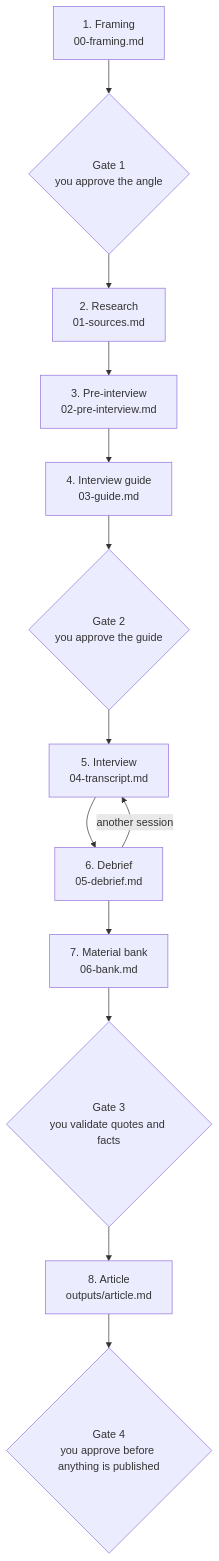
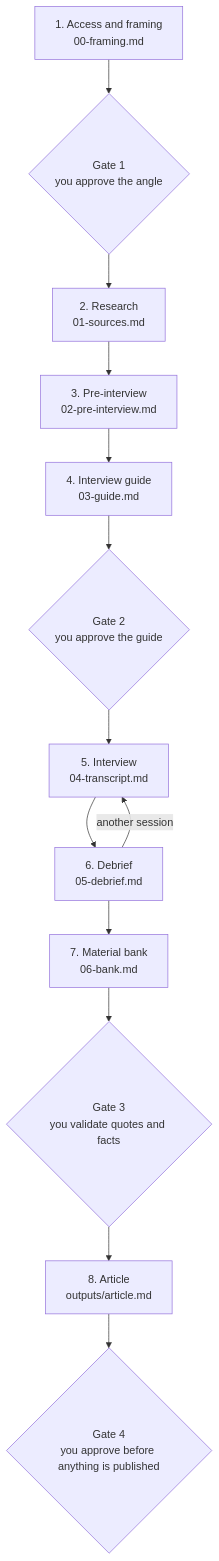
The diagram in README.md (malikkaraoui/Readme2), drawn with Mermaid before and after one commit. The commit also changed other lines of this file and 3 other files, not shown here.

````diff
--- a/README.md
+++ b/README.md
@@ -19,15 +19,15 @@
 ```mermaid
 flowchart TD
-  P1["1. Framing<br/>00-framing.md"] --> G1{"Gate 1<br/>you approve the angle"}
+  P1["1. Access and framing<br/>00-framing.md"] --> G1{"Gate 1<br/>you approve the angle"}
   G1 --> P2["2. Research<br/>01-sources.md"]
   P2 --> P3["3. Pre-interview<br/>02-pre-interview.md"]
   P3 --> P4["4. Interview guide<br/>03-guide.md"]
   P4 --> G2{"Gate 2<br/>you approve the guide"}
   G2 --> P5["5. Interview<br/>04-transcript.md"]
   P5 --> P6["6. Debrief<br/>05-debrief.md"]
   P6 -->|"another session"| P5
   P6 --> P7["7. Material bank<br/>06-bank.md"]
   P7 --> G3{"Gate 3<br/>you validate quotes and facts"}
   G3 --> P8["8. Article<br/>outputs/article.md"]
   P8 --> G4{"Gate 4<br/>you approve before anything is published"}
 ```
````
